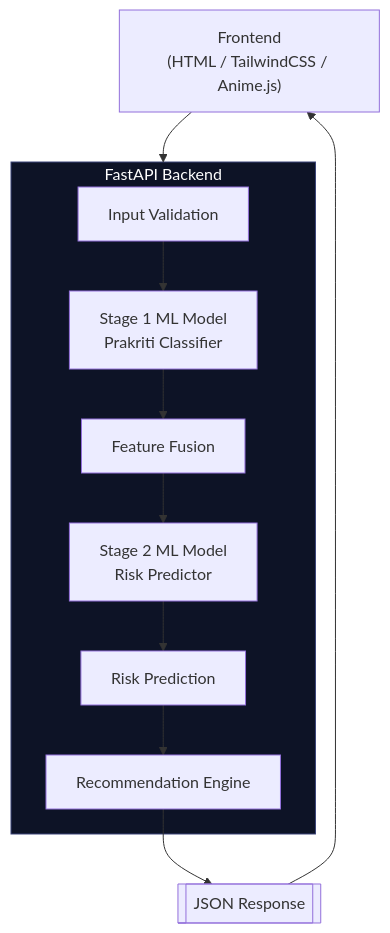
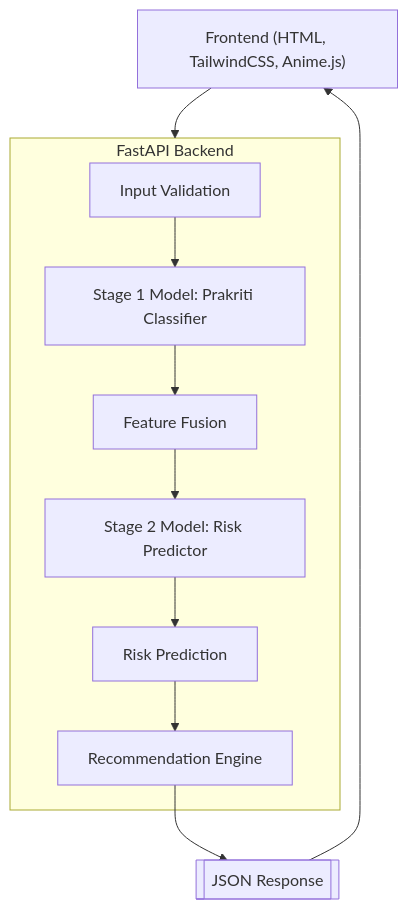
Before and after one commit to Avgohil/fusion-care-alzheimer-ml: the third of 9 diagrams in README.md, drawn with Mermaid. The commit also changed other lines of this file, not shown here.

````diff
--- a/README.md
+++ b/README.md
@@ -216,18 +149,15 @@
 ```mermaid
 flowchart TD
-    FE["Frontend<br/>(HTML / TailwindCSS / Anime.js)"] --> BE
+    FE["Frontend (HTML, TailwindCSS, Anime.js)"] --> BE
 
     subgraph BE ["FastAPI Backend"]
-        VAL[Input Validation]
-        VAL --> M1[Stage 1 ML Model<br/>Prakriti Classifier]
+        VAL[Input Validation] --> M1[Stage 1 Model: Prakriti Classifier]
         M1 --> FUS[Feature Fusion]
-        FUS --> M2[Stage 2 ML Model<br/>Risk Predictor]
+        FUS --> M2[Stage 2 Model: Risk Predictor]
         M2 --> RP[Risk Prediction]
         RP --> RE[Recommendation Engine]
     end
 
     RE --> JSON[["JSON Response"]]
     JSON --> FE
-
-    style BE fill:#0d1326,stroke:#3b4478,color:#fff
 ```
````
